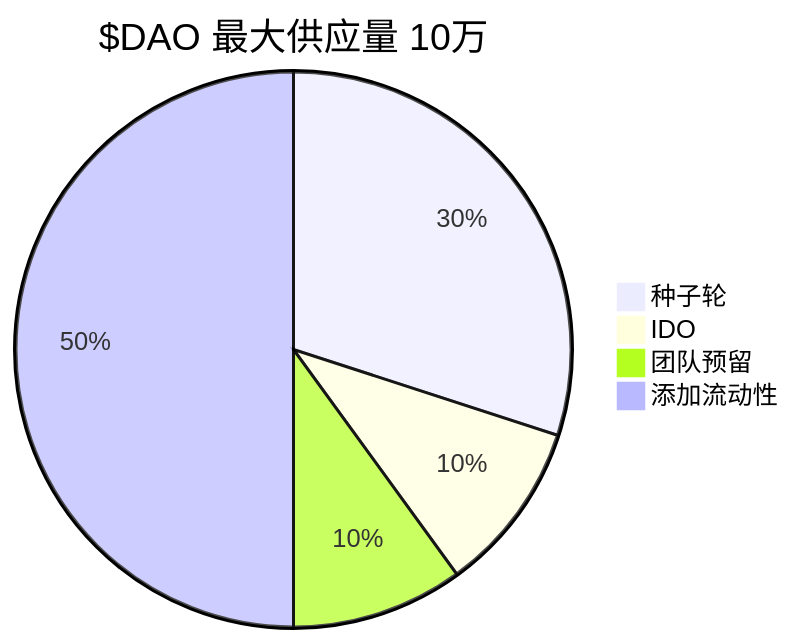
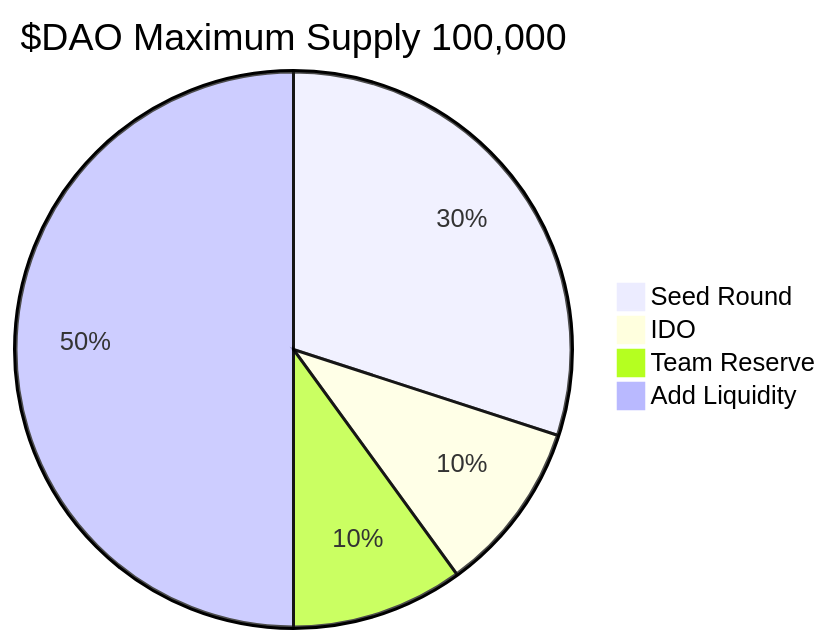
Before and after one commit to hellodao/doc: the first of 2 diagrams in en/README.md, drawn with Mermaid. The commit also changed other lines of this file, not shown here.

`````diff
--- a/en/README.md
+++ b/en/README.md
@@ -66,8 +66,8 @@
 ```Mermaid
 pie
- title $DAO 最大供应量 10万
- "种子轮" : 30000
+ title $DAO Maximum Supply 100,000
+ "Seed Round" : 30000
  "IDO" : 10000
- "团队预留" : 10000
- "添加流动性" : 50000
-```
+ "Team Reserve" : 10000
+ "Add Liquidity" : 50000
+````
`````
